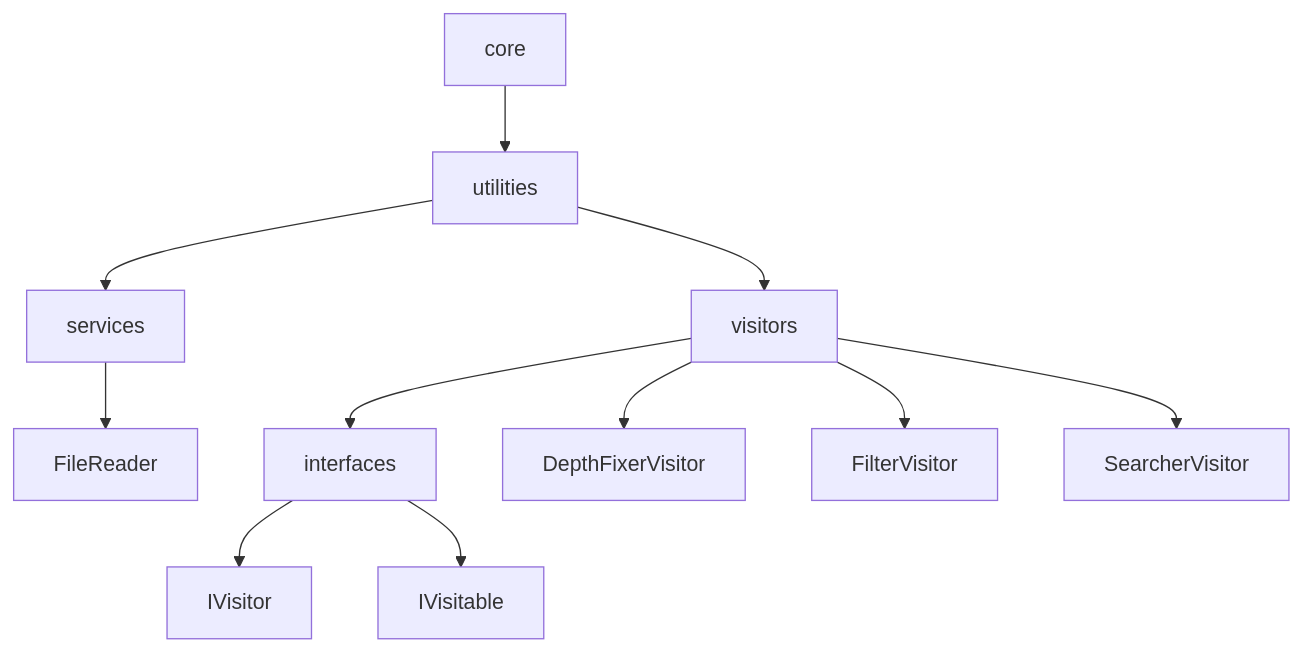
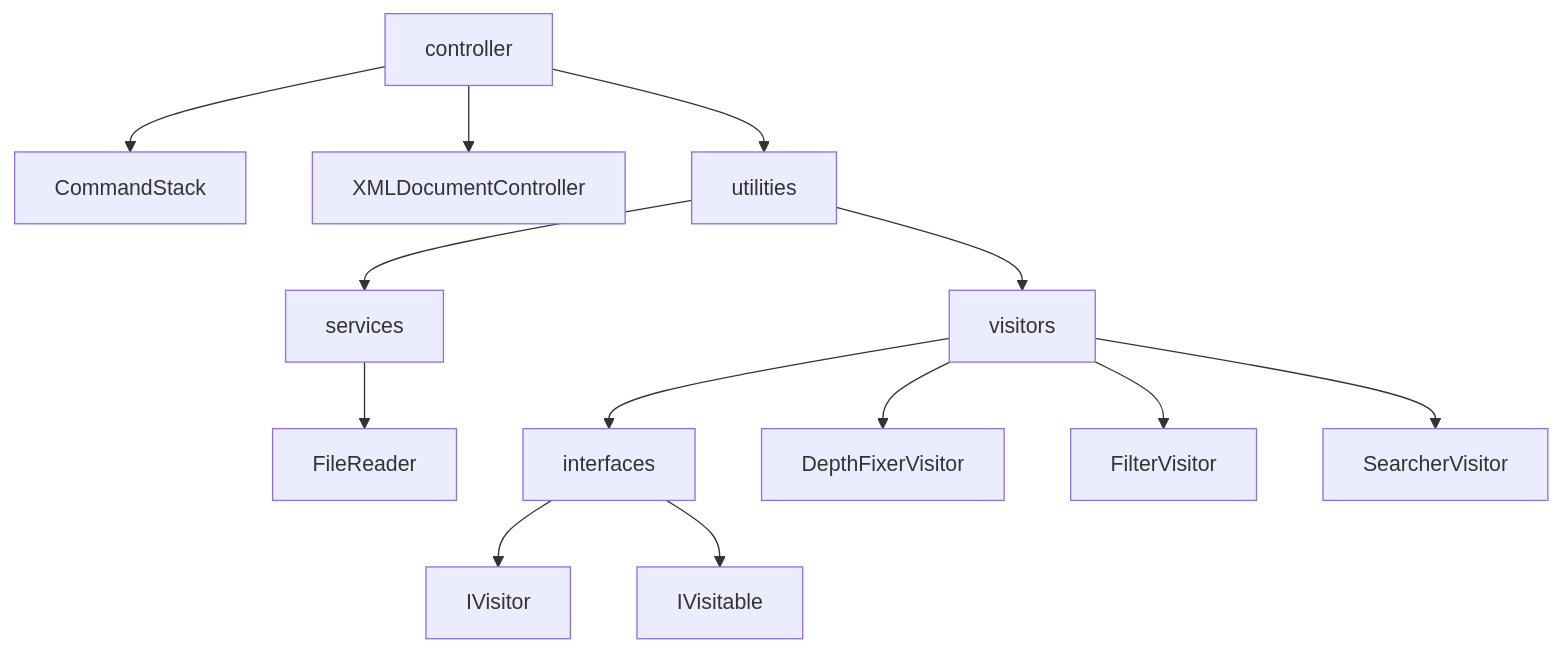
The fifth of 8 diagrams in README.md (JoaoAlmeida-dev/XML-Generator-API-AdvancedProgramming), drawn with Mermaid before and after one commit. The commit also changed other lines of this file, not shown here.

````diff
--- a/README.md
+++ b/README.md
@@ -213,15 +211,17 @@
 ```mermaid
 graph TD;
-   core --> utilities
+   controller --> CommandStack
+   controller --> XMLDocumentController
+   controller --> utilities
    
    utilities --> services
    services --> FileReader
    utilities --> visitors
    visitors --> interfaces
    interfaces --> IVisitor
    interfaces --> IVisitable
    visitors --> DepthFixerVisitor
    visitors --> FilterVisitor
    visitors --> SearcherVisitor
    
 ```
````
